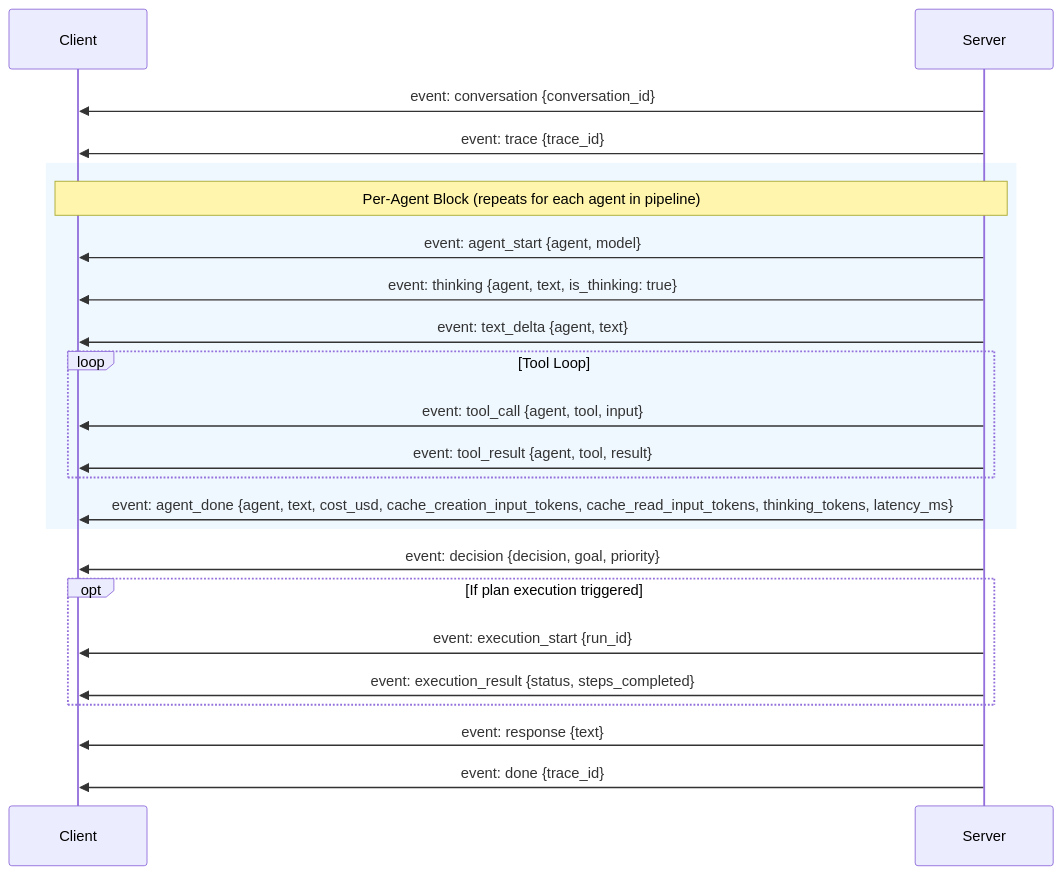
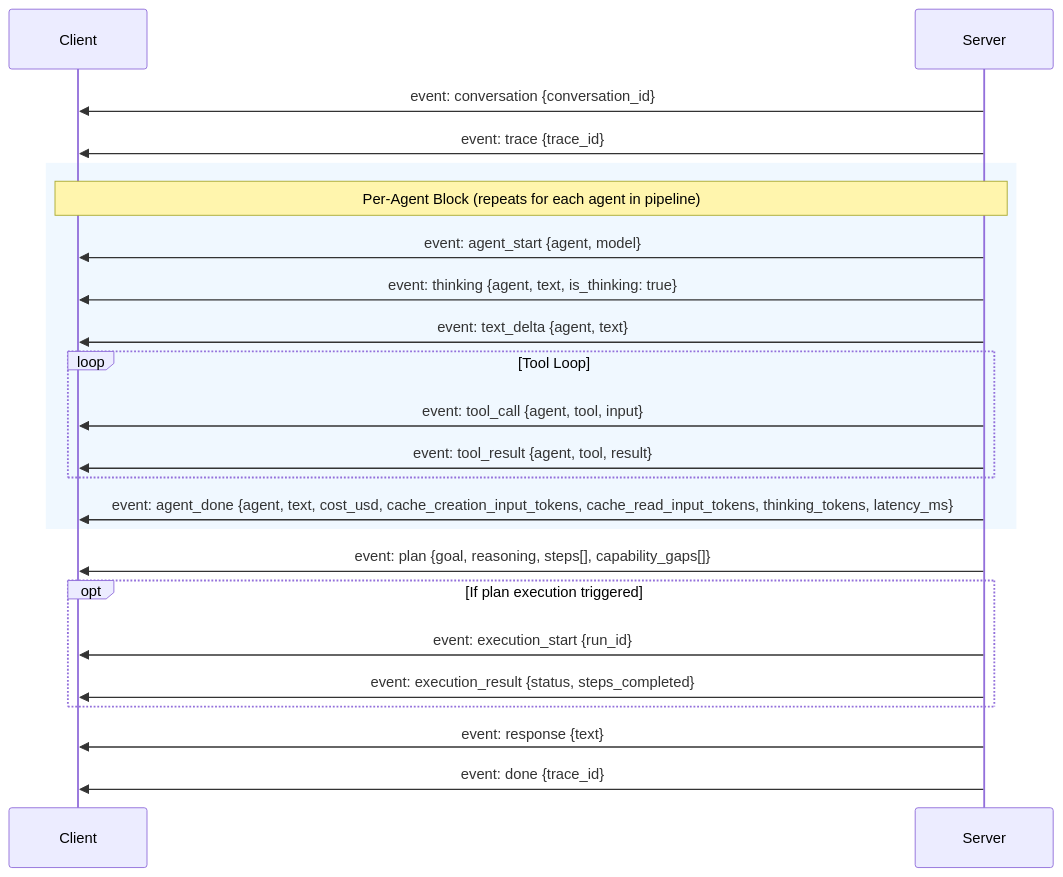
Before and after one commit to shivadharmi/muldro: the second of 3 diagrams in docs/architecture/message-flow.md, drawn with Mermaid. The commit also changed other lines of this file and 11 other files, not shown here.

First line of the commit message:
docs: update all architecture docs and README for post-15-spec redesign

````diff
--- a/docs/architecture/message-flow.md
+++ b/docs/architecture/message-flow.md
@@ -65,30 +65,30 @@
 ```mermaid
 sequenceDiagram
     participant C as Client
     participant S as Server
 
     S->>C: event: conversation {conversation_id}
     S->>C: event: trace {trace_id}
 
     rect rgb(240, 248, 255)
         Note over C,S: Per-Agent Block (repeats for each agent in pipeline)
         S->>C: event: agent_start {agent, model}
         S->>C: event: thinking {agent, text, is_thinking: true}
         S->>C: event: text_delta {agent, text}
         loop Tool Loop
             S->>C: event: tool_call {agent, tool, input}
             S->>C: event: tool_result {agent, tool, result}
         end
         S->>C: event: agent_done {agent, text, cost_usd, cache_creation_input_tokens, cache_read_input_tokens, thinking_tokens, latency_ms}
     end
 
-    S->>C: event: decision {decision, goal, priority}
+    S->>C: event: plan {goal, reasoning, steps[], capability_gaps[]}
 
     opt If plan execution triggered
         S->>C: event: execution_start {run_id}
         S->>C: event: execution_result {status, steps_completed}
     end
 
     S->>C: event: response {text}
     S->>C: event: done {trace_id}
 ```
````
